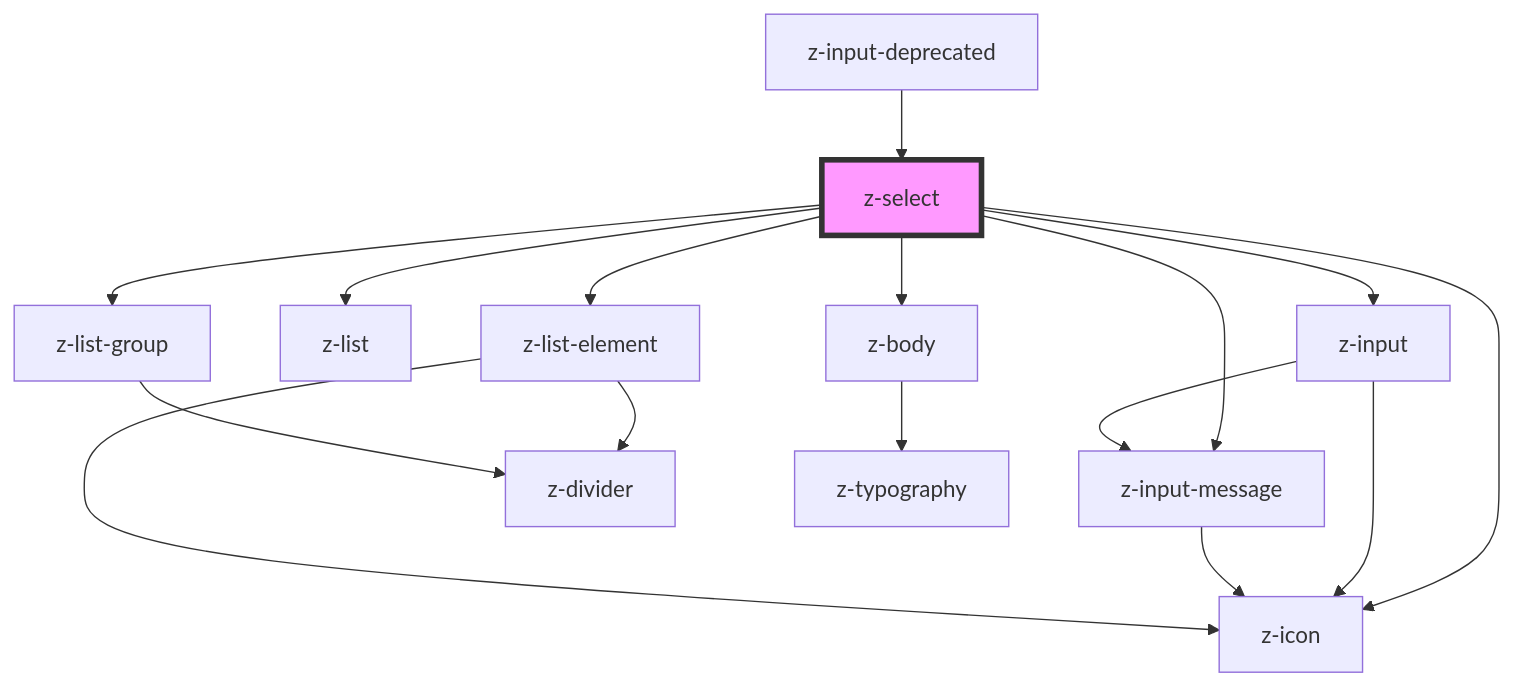
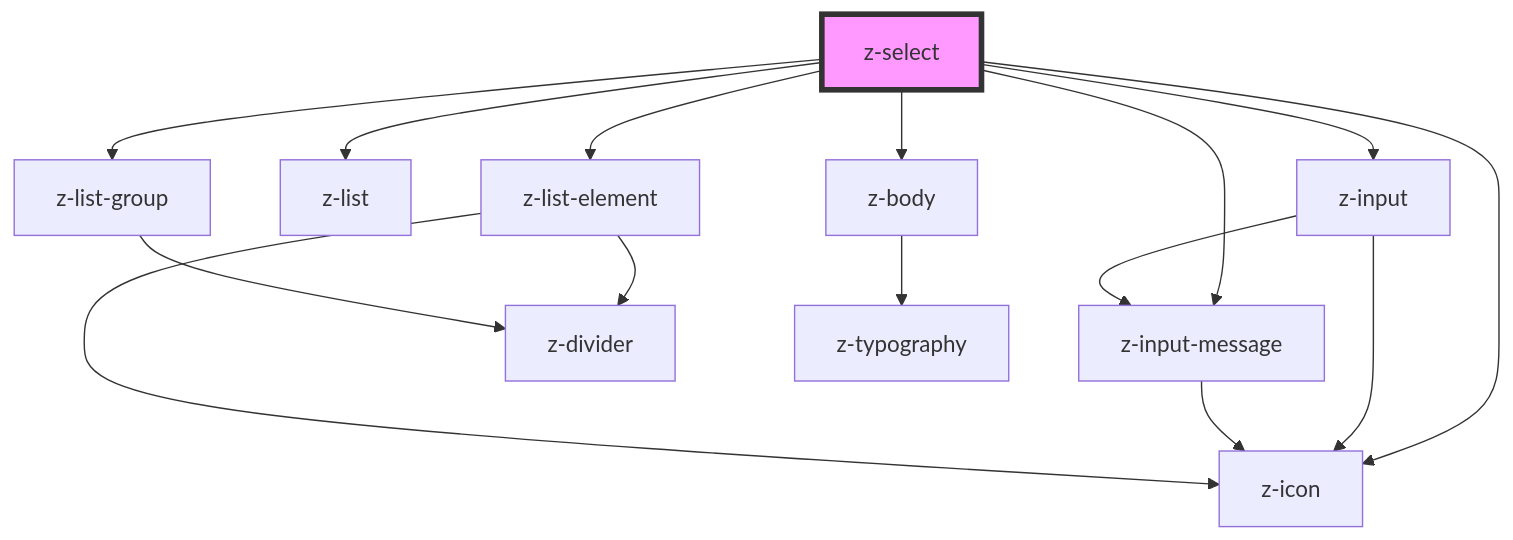
The diagram in src/components/inputs/z-select/readme.md (ZanichelliEditore/design-system), drawn with Mermaid before and after one commit. The commit also changed other lines of this file and 19 other files, not shown here.

````diff
--- a/src/components/inputs/z-select/readme.md
+++ b/src/components/inputs/z-select/readme.md
@@ -83,19 +79,18 @@
 ```mermaid
 graph TD;
   z-select --> z-input
   z-select --> z-list
   z-select --> z-list-element
   z-select --> z-list-group
   z-select --> z-body
   z-select --> z-icon
   z-select --> z-input-message
   z-input --> z-icon
   z-input --> z-input-message
   z-input-message --> z-icon
   z-list-element --> z-icon
   z-list-element --> z-divider
   z-list-group --> z-divider
   z-body --> z-typography
-  z-input-deprecated --> z-select
   style z-select fill:#f9f,stroke:#333,stroke-width:4px
 ```
````
